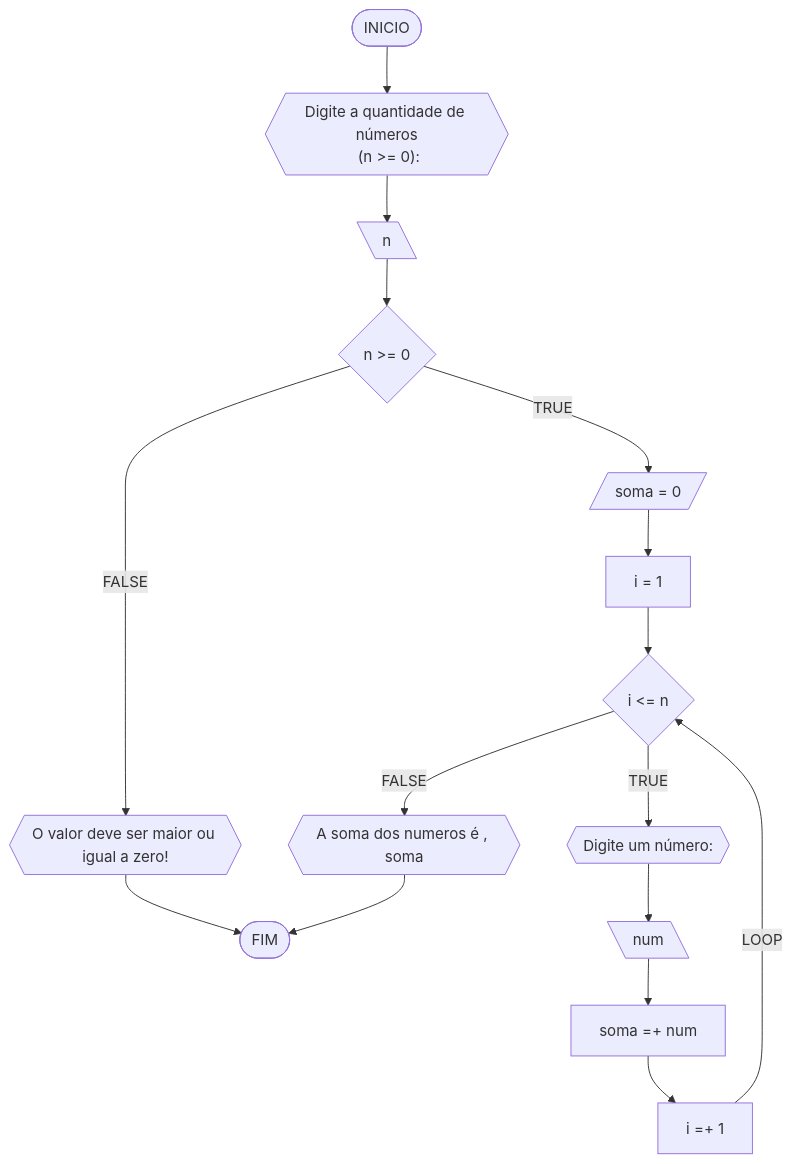
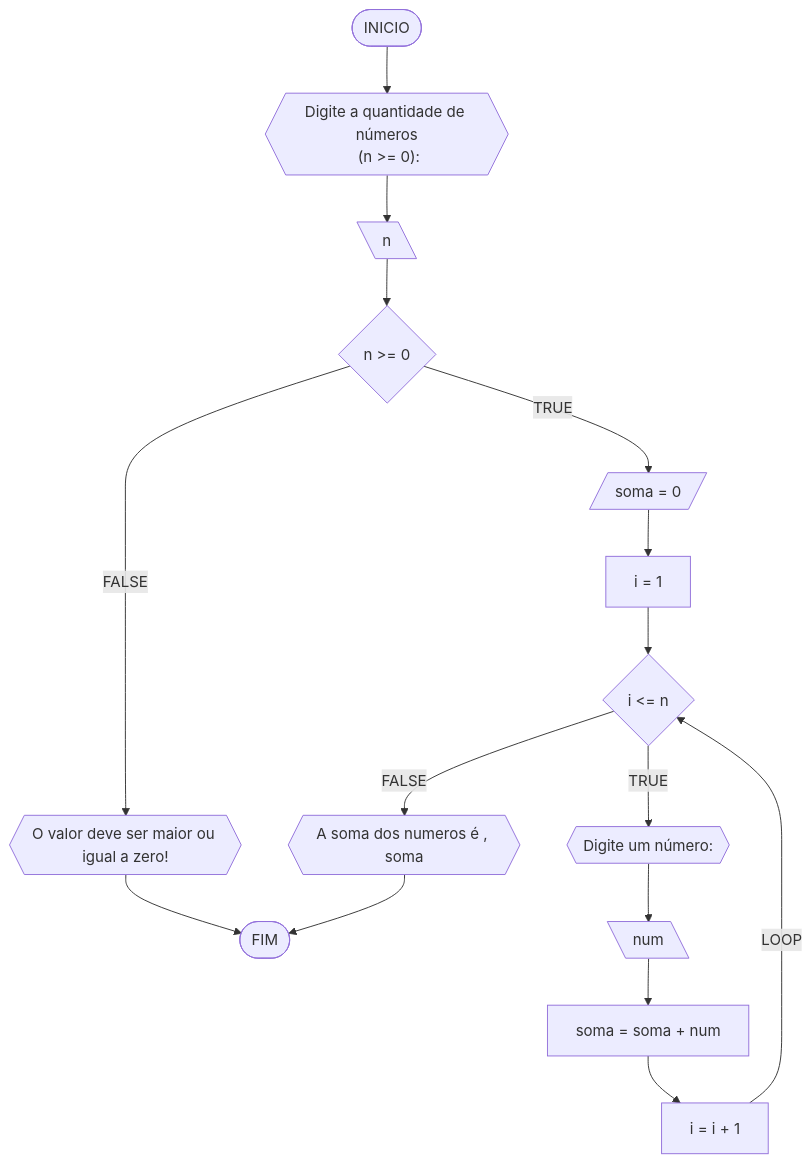
Before and after one commit to lucasfrazaofreitas/unifor: the fourth of 8 diagrams in RLA/AD1.md, drawn with Mermaid.

````diff
--- a/RLA/AD1.md
+++ b/RLA/AD1.md
@@ -247,18 +247,18 @@
 ```mermaid
 flowchart TD
 A([INICIO]) --> B{{"Digite a quantidade de números<br> (n >= 0):"}}
 B --> C[\n\]
 C --> D{n >= 0}
 D --FALSE-->N{{"O valor deve ser maior ou igual a zero!"}}
 N --> M([FIM])
 D --TRUE--> E[/soma = 0/]
 E --> F[i = 1]
 F --> G{i <= n}
 G --FALSE--> L{{"A soma dos numeros é , soma"}}
 L --> M
 G --TRUE--> H{{Digite um número: }}
 H --> I[\num\]
-I --> J[soma =+ num]
-J --> K[i =+ 1]
+I --> J[soma = soma + num]
+J --> K[i = i + 1]
 K --LOOP--> G
 ```
````
